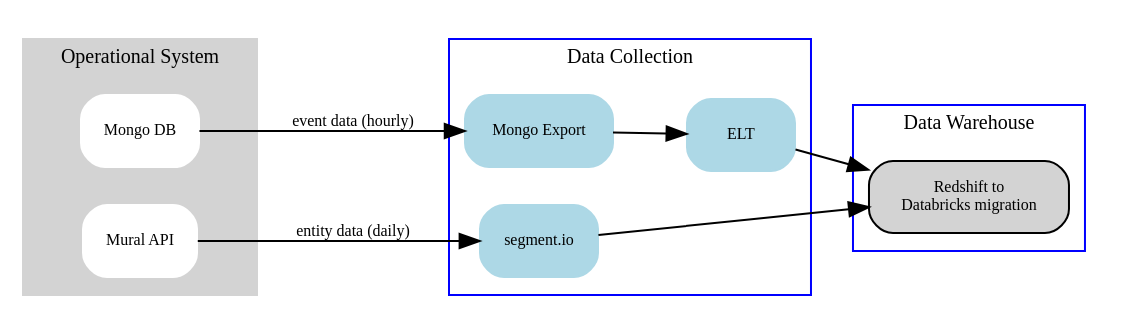
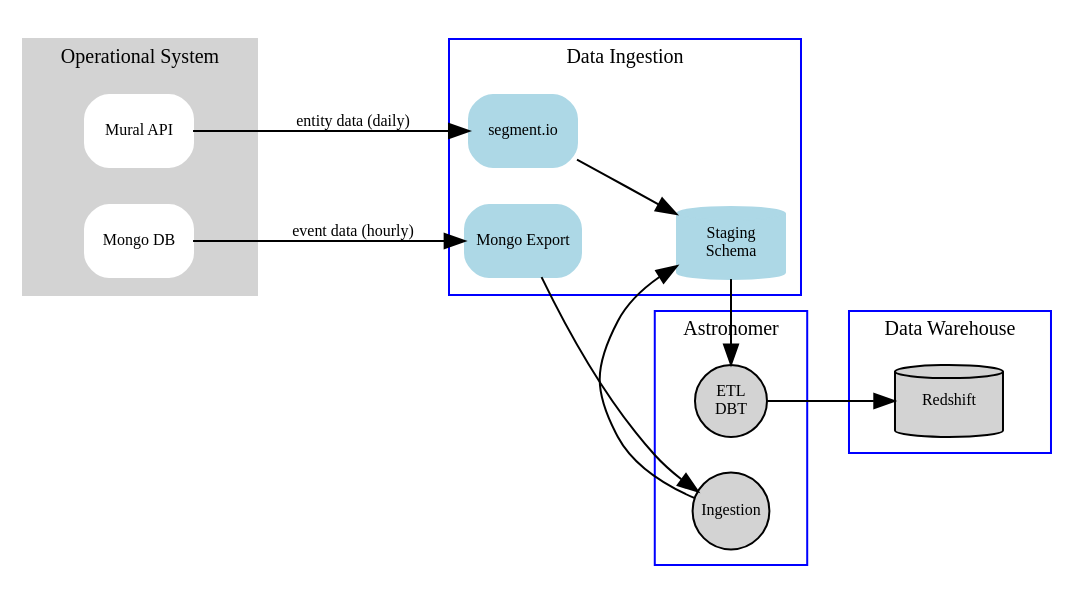
The diagram in assignment diagram/dataflow.dot (abhijitbhatt/algorithms), drawn with Graphviz before and after one commit. The commit also changed 1 other file, not shown here.

Commit message:
Updated diagram with staging area

```diff
--- a/assignment diagram/dataflow.dot
+++ b/assignment diagram/dataflow.dot
@@ -1,39 +1,48 @@
 digraph G {
+  node [shape=none, margin=0, fontsize=8]
   rankdir="LR"
   subgraph cluster_0 {
     style=filled;
     color=lightgrey;
     node [style=filled,color=white];
-    a0 [shape="Mrecord" label="Mural API" fontsize=8];
-    a1 [shape="Mrecord" label="Mongo DB" fontsize=8];
+    mural_api [shape="Mrecord" label="Mural API"];
+    mongo_db [shape="Mrecord" label="Mongo DB"];
     label = "Operational System";
     fontsize=10;
   }
 
   subgraph cluster_1 {
     node [style=filled color="lightblue"];
-    b0 [shape="Mrecord" label="segment.io" fontsize=8];
-    b1 [shape="Mrecord" label="Mongo Export" fontsize=8];
-    b2 [shape="Mrecord" label="ELT" fontsize=8]
-    label = "Data Collection";
+    segment_io [shape="Mrecord" label="segment.io"];
+    mongo_export [shape="Mrecord" label="Mongo Export"];
+    staging [shape="cylinder" label="Staging\nSchema"]
+
+    label = "Data Ingestion";
     color=blue;
     fontsize=10;
   }
-  
+
   subgraph cluster_2 {
     node [style=filled];
-    b4 [shape="Mrecord" label="Redshift to \nDatabricks migration" fontsize=8]
+    redshift [shape="cylinder" label="Redshift"]
     label = "Data Warehouse";
     color=blue;
     fontsize=10;
   }
- 
-  a1 -> b1 [label="event data (hourly)" fontsize=8] 
-  b1 -> b2 -> b4 
-  a0 -> b0 [label="entity data (daily) " fontsize=8]
-  b0 -> b4
- 
 
+  subgraph cluster_3 {
+    node [style=filled];
+    ETL [shape="circle" label="ETL\nDBT"]
+    ingestion [shape="circle" label="Ingestion"]
+    label = "Astronomer";
+    color=blue;
+    fontsize=10;
+  }
 
+  mongo_db -> mongo_export [label="event data (hourly)" fontsize=8]
+  mongo_export -> ingestion
+  mural_api -> segment_io [label="entity data (daily) " fontsize=8]
+  segment_io -> staging
+  ingestion -> staging -> ETL -> redshift
 
 }
```
